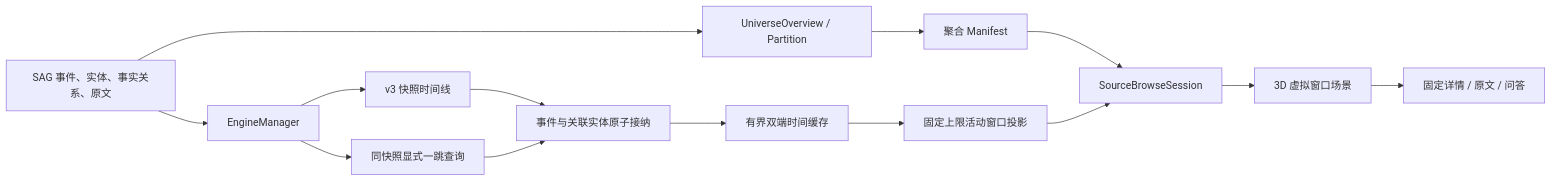
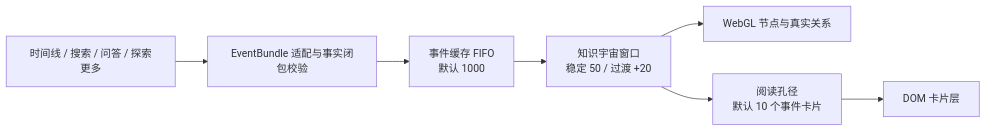
One commit to ilssn/sag changed the diagram in docs/architecture/knowledge-universe.md. Above: the diagram before and after it, drawn with Mermaid. The commit also changed other lines of this file and 45 other files, not shown here.

````diff
--- a/docs/architecture/knowledge-universe.md
+++ b/docs/architecture/knowledge-universe.md
@@ -74,16 +88,9 @@
 ```mermaid
 flowchart LR
-    FACTS["SAG 事件、实体、事实关系、原文"] --> ENGINE["EngineManager"]
-    FACTS --> SNAPSHOT["UniverseOverview / Partition"]
-    SNAPSHOT --> MANIFEST["聚合 Manifest"]
-    ENGINE --> TIMELINE["v3 快照时间线"]
-    ENGINE --> EXPAND["同快照显式一跳查询"]
-    MANIFEST --> SESSION["SourceBrowseSession"]
-    TIMELINE --> ADMISSION["事件与关联实体原子接纳"]
-    EXPAND --> ADMISSION
-    ADMISSION --> CACHE["有界双端时间缓存"]
-    CACHE --> WINDOW["固定上限活动窗口投影"]
-    WINDOW --> SESSION
-    SESSION --> SCENE["3D 虚拟窗口场景"]
-    SCENE --> INSPECTOR["固定详情 / 原文 / 问答"]
+  API["时间线 / 搜索 / 问答 / 探索更多"] --> ADAPTER["EventBundle 适配与事实闭包校验"]
+  ADAPTER --> CACHE["事件缓存 FIFO<br/>默认 1000"]
+  CACHE --> WINDOW["知识宇宙窗口<br/>稳定 50 / 过渡 +20"]
+  WINDOW --> OBJECTS["WebGL 节点与真实关系"]
+  WINDOW --> APERTURE["阅读孔径<br/>默认 10 个事件卡片"]
+  APERTURE --> DOM["DOM 卡片层"]
 ```
````
